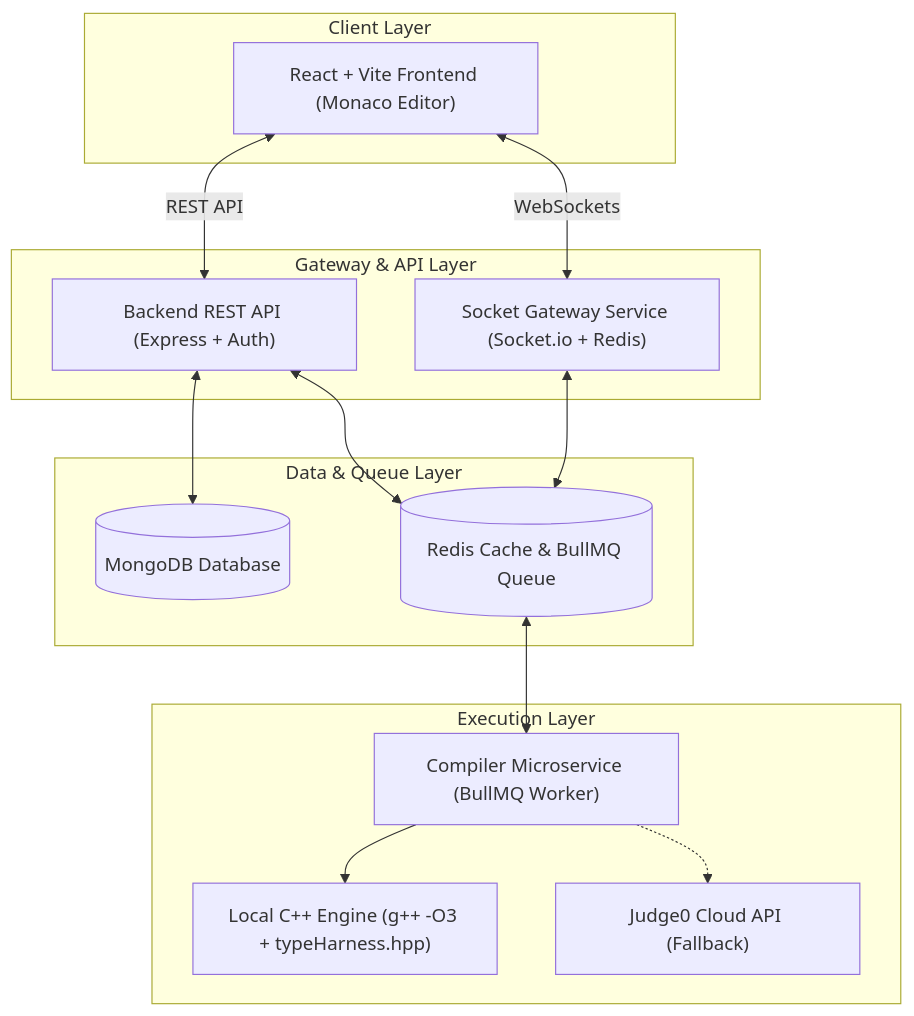
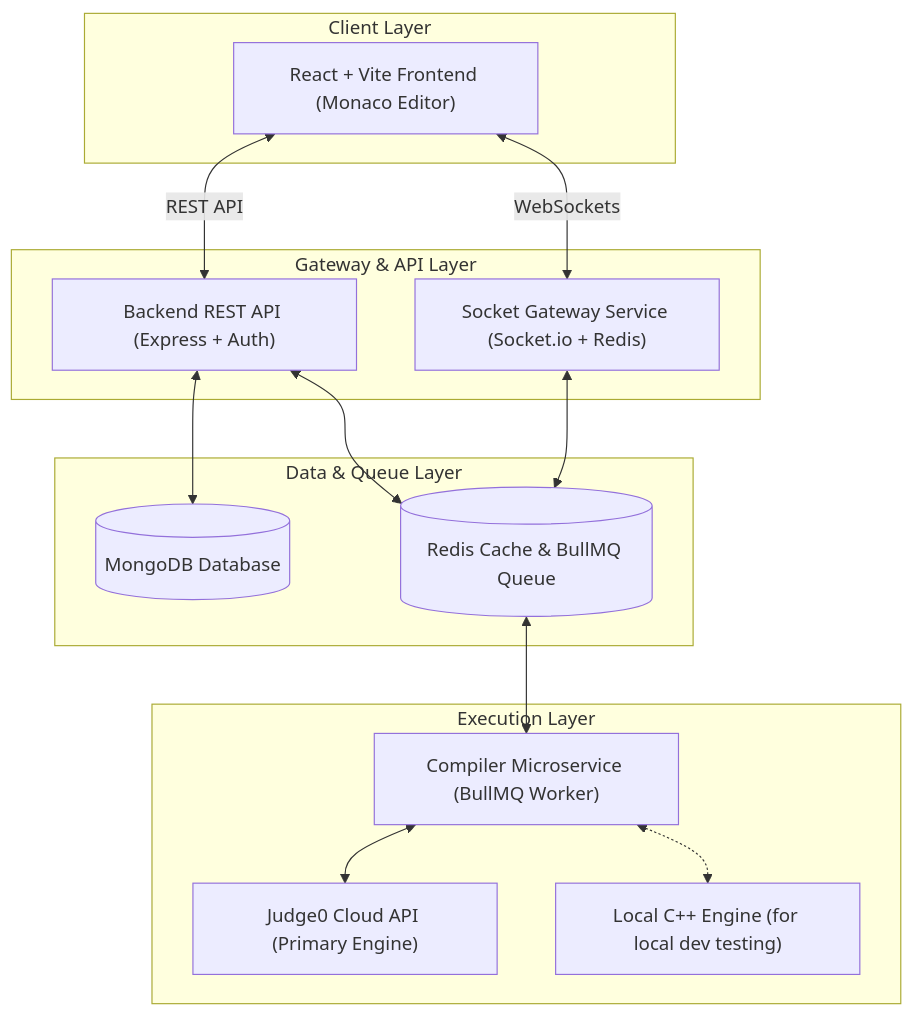
The diagram in README.md (Yugank-563/Real-Time-Coding-Duels), drawn with Mermaid before and after one commit. The commit also changed other lines of this file, not shown here.

Commit message:
docs: update README layout and architecture diagram

````diff
--- a/README.md
+++ b/README.md
@@ -50,31 +81,31 @@
 ```mermaid
 flowchart TD
     subgraph Client Layer
         A["React + Vite Frontend (Monaco Editor)"]
     end
 
     subgraph Gateway & API Layer
         B["Backend REST API (Express + Auth)"]
         C["Socket Gateway Service (Socket.io + Redis)"]
     end
 
     subgraph Data & Queue Layer
         D[("MongoDB Database")]
         E[("Redis Cache & BullMQ Queue")]
     end
 
     subgraph Execution Layer
         F["Compiler Microservice (BullMQ Worker)"]
-        G["Local C++ Engine (g++ -O3 + typeHarness.hpp)"]
-        H["Judge0 Cloud API (Fallback)"]
+        G["Judge0 Cloud API (Primary Engine)"]
+        H["Local C++ Engine (for local dev testing)"]
     end
 
     A <-->|REST API| B
     A <-->|WebSockets| C
     B <--> D
     B <--> E
     C <--> E
     E <--> F
-    F --> G
-    F -.-> H
+    F <--> G
+    F <-.-> H
 ```
````
